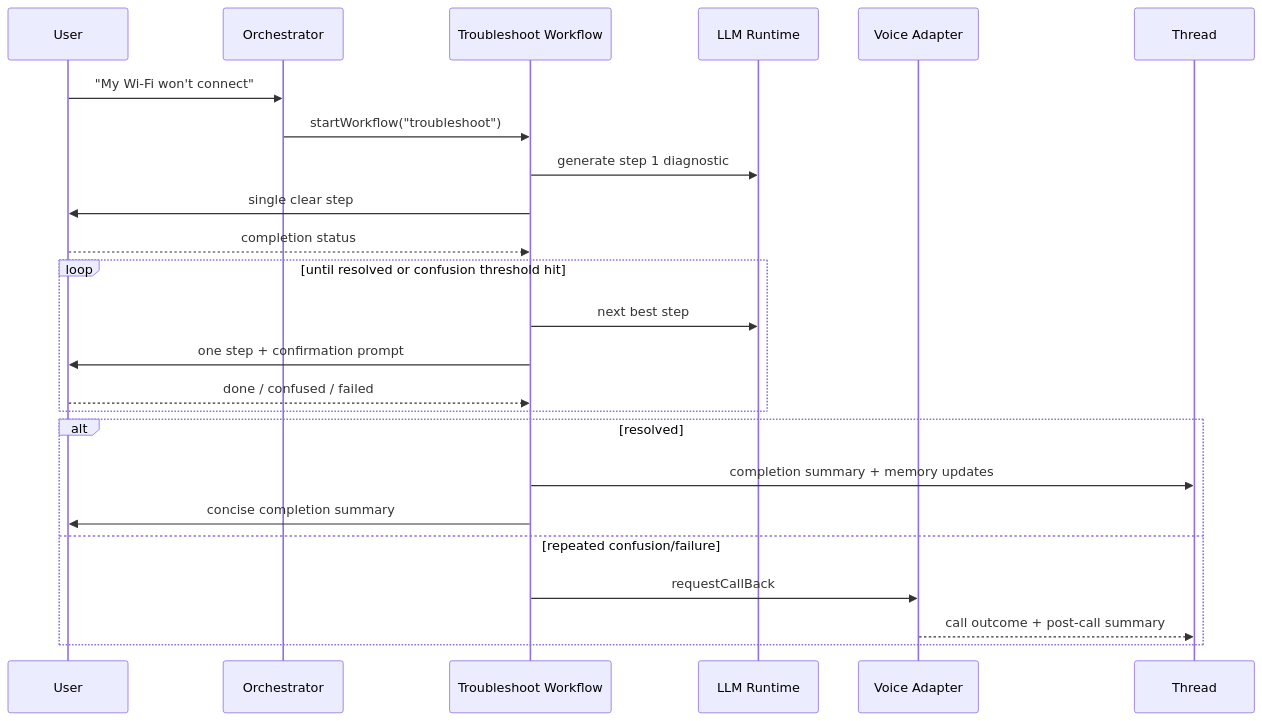
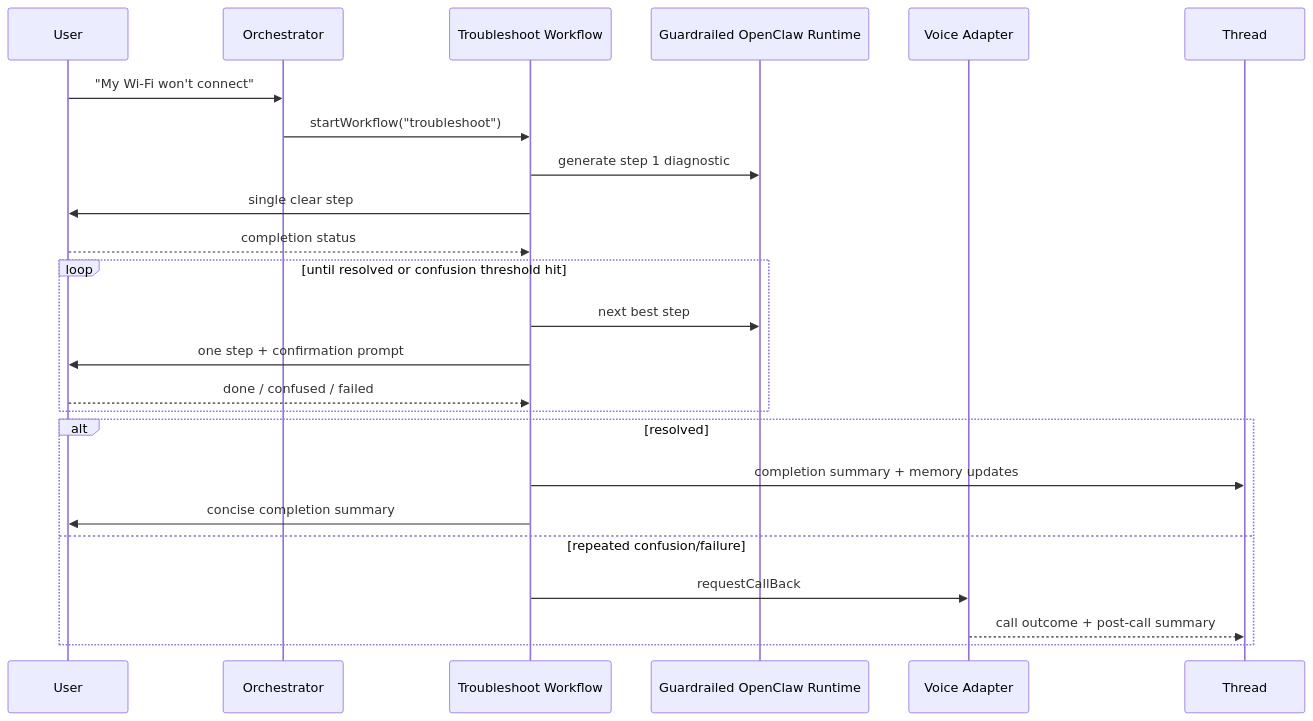
One commit to daniel-p-green/north-haven changed the fourth of 4 diagrams in README.md. Above: the diagram before and after it, drawn with Mermaid. The commit also changed other lines of this file and 7 other files, not shown here.

First line of the commit message:
docs(guardrails): require guardrailed OpenClaw runtime across system

````diff
--- a/README.md
+++ b/README.md
@@ -139,27 +140,27 @@
 ```mermaid
 sequenceDiagram
 participant User
 participant OR as Orchestrator
 participant WF as Troubleshoot Workflow
-participant LLM as LLM Runtime
+participant LLM as Guardrailed OpenClaw Runtime
 participant VO as Voice Adapter
 participant TH as Thread
 
 User->>OR: "My Wi-Fi won't connect"
 OR->>WF: startWorkflow("troubleshoot")
 WF->>LLM: generate step 1 diagnostic
 WF->>User: single clear step
 User-->>WF: completion status
 loop until resolved or confusion threshold hit
 WF->>LLM: next best step
 WF->>User: one step + confirmation prompt
 User-->>WF: done / confused / failed
 end
 alt resolved
 WF->>TH: completion summary + memory updates
 WF->>User: concise completion summary
 else repeated confusion/failure
 WF->>VO: requestCallBack
 VO-->>TH: call outcome + post-call summary
 end
 ```
````
